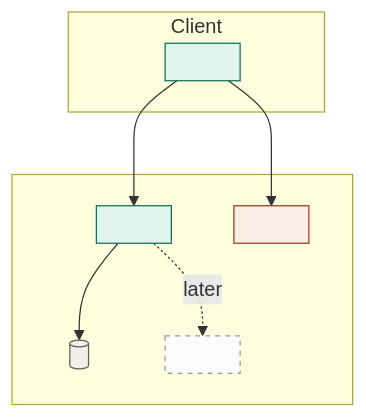
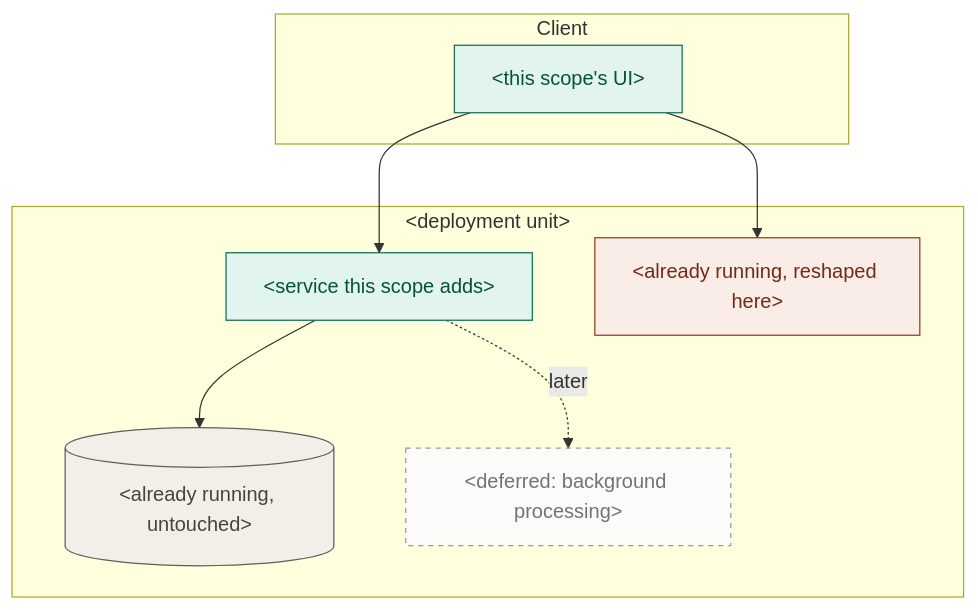
Before and after one commit to entrpyc/claude-skills-framework: the diagram in active-scope-prd/SKILL.md, drawn with Mermaid. The commit also changed other lines of this file and 4 other files, not shown here.

Commit message:
remove active scope architecture

````diff
--- a/active-scope-prd/SKILL.md
+++ b/active-scope-prd/SKILL.md
@@ -262,27 +142,27 @@
 ```mermaid
 flowchart TB
     subgraph client["Client"]
-        App["<this scope's UI>"]
+        App["&lt;this scope's UI&gt;"]
     end
 
-    subgraph host["<deployment unit>"]
-        Web["<service this scope adds>"]
-        Auth["<already running, reshaped here>"]
-        PG[("<already running, untouched>")]
-        Worker["<deferred: background processing>"]
+    subgraph host["&lt;deployment unit&gt;"]
+        Web["&lt;service this scope adds&gt;"]
+        Auth["&lt;already running, reshaped here&gt;"]
+        PG[("&lt;already running, untouched&gt;")]
+        Worker["&lt;deferred: background processing&gt;"]
     end
 
     App --> Web
     App --> Auth
     Web --> PG
     Web -. "later" .-> Worker
 
     classDef adds    fill:#e1f5ee,stroke:#0f6e56,color:#085041
     classDef changes fill:#faece7,stroke:#993c1d,color:#712b13
     classDef kept    fill:#f1efe8,stroke:#5f5e5a,color:#444441
     classDef defer   fill:#fbfbfa,stroke:#9a9894,color:#75736e,stroke-dasharray:4 4
     class App,Web adds
     class Auth changes
     class PG kept
     class Worker defer
 ```
````
